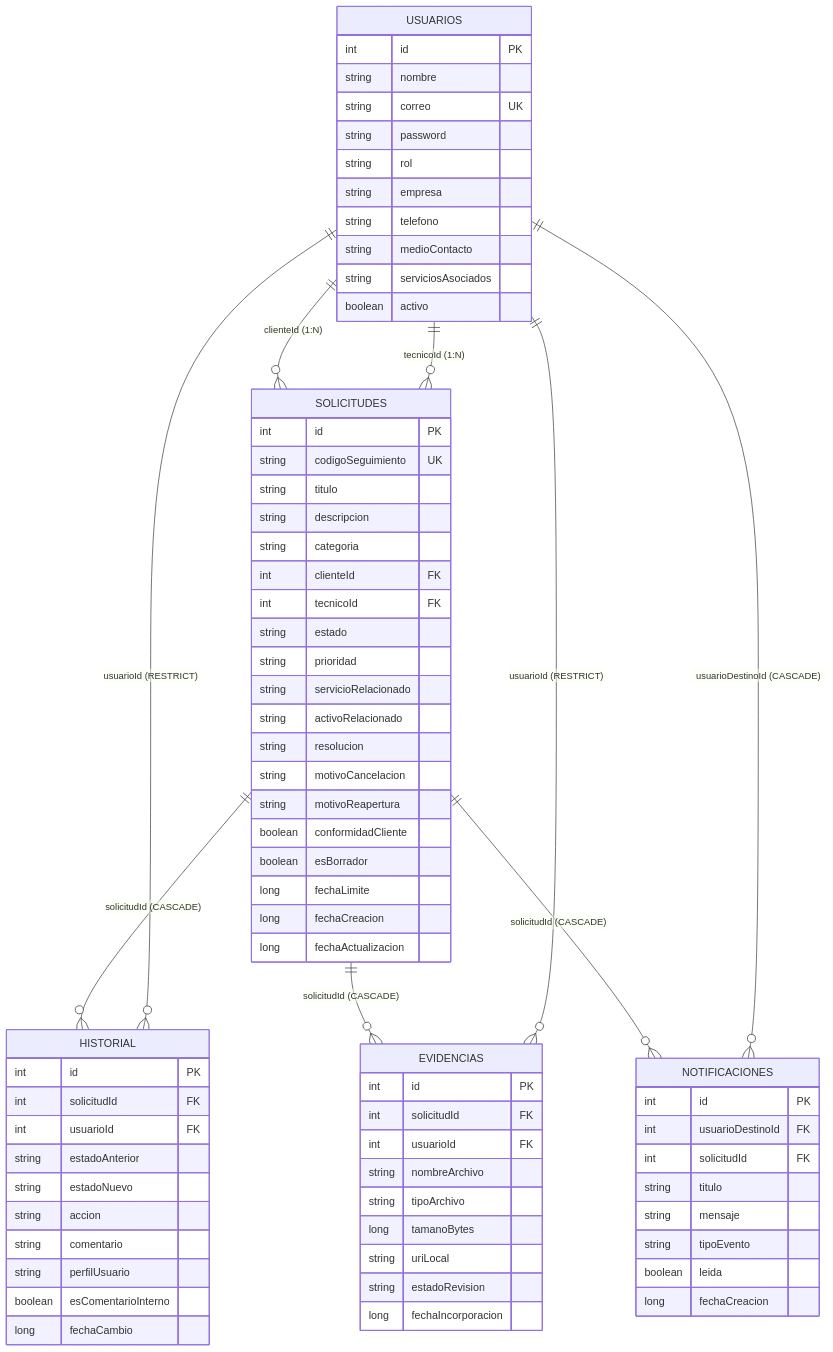
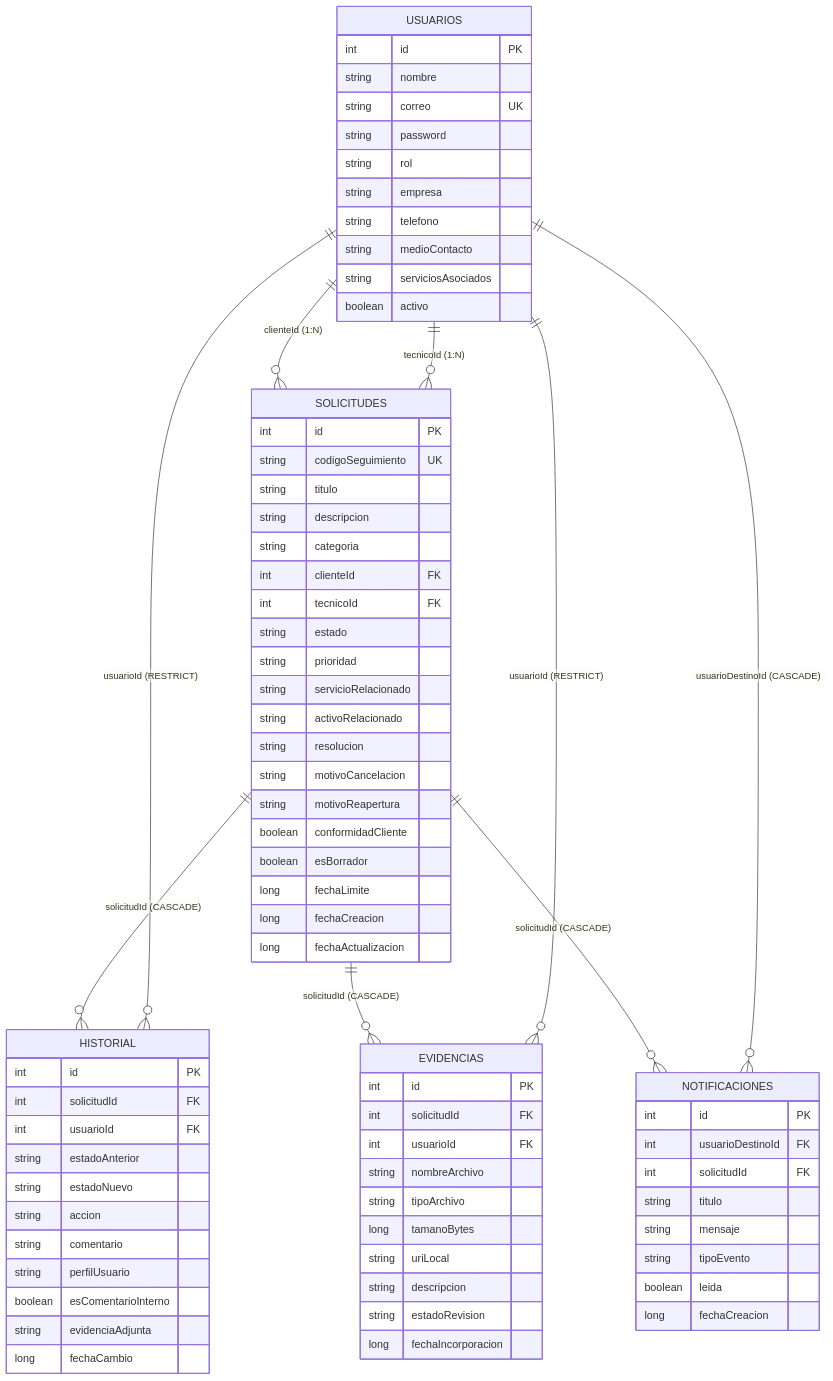
Before and after one commit to Liz-Elizabeth/GSM: the third of 3 diagrams in README.md, drawn with Mermaid. The commit also changed other lines of this file and 7 other files, not shown here.

```diff
--- a/README.md
+++ b/README.md
@@ -182,6 +437,7 @@
         string comentario
         string perfilUsuario
         boolean esComentarioInterno
+        string evidenciaAdjunta
         long fechaCambio
     }
 
@@ -193,6 +449,7 @@
         string tipoArchivo
         long tamanoBytes
         string uriLocal
+        string descripcion
         string estadoRevision
         long fechaIncorporacion
     }
```
